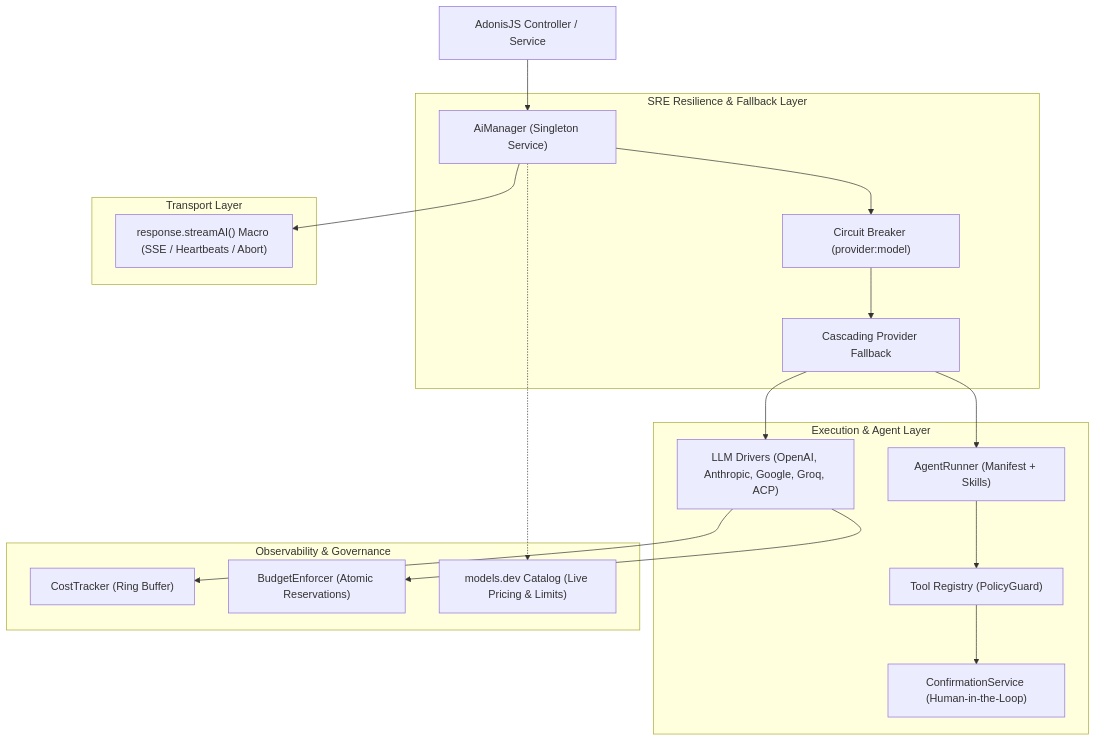
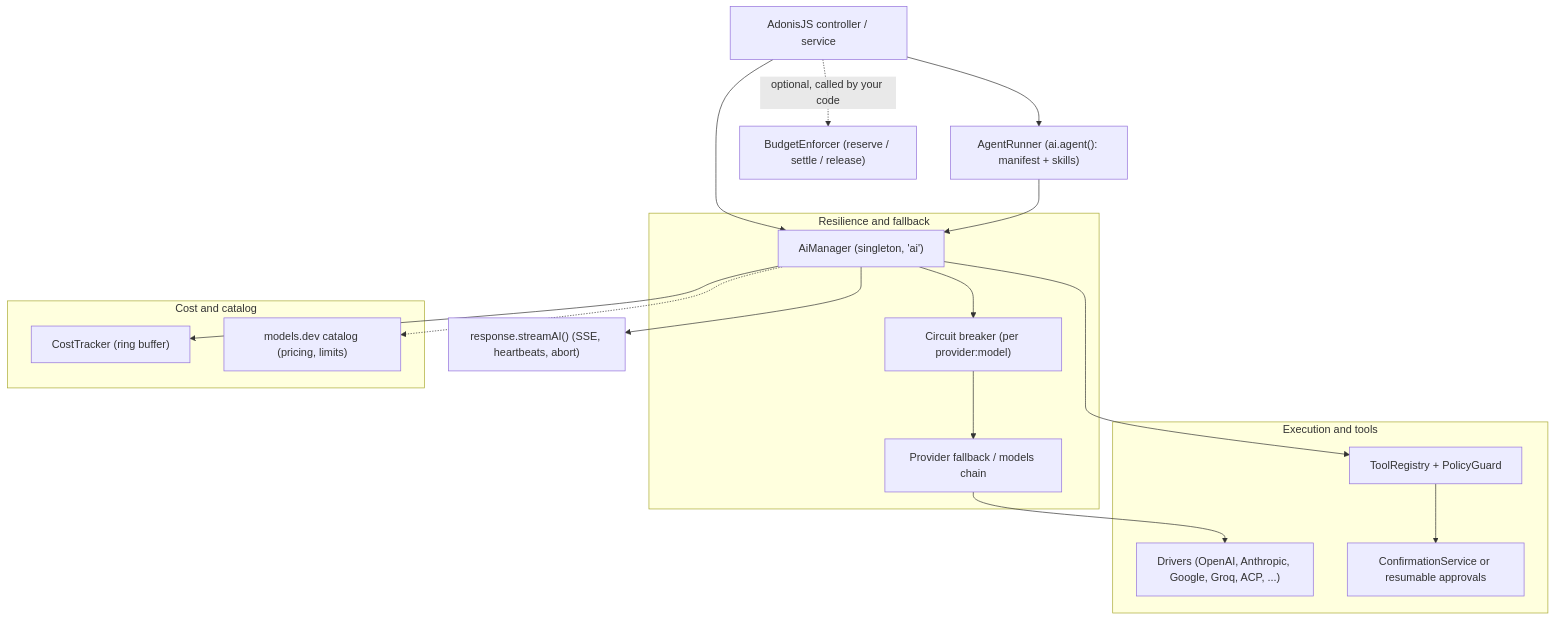
One commit to IvanGlazyrin/adonis-ai-kit changed the diagram in docs/guide/introduction.md. Above: the diagram before and after it, drawn with Mermaid. The commit also changed other lines of this file and 12 other files, not shown here.

````diff
--- a/docs/guide/introduction.md
+++ b/docs/guide/introduction.md
@@ -29,26 +29,26 @@
 ```mermaid
 flowchart TD
-    UserApp["AdonisJS Controller / Service"] --> AiManager["AiManager (Singleton Service)"]
-    
-    subgraph SRE_Resilience ["SRE Resilience & Fallback Layer"]
-        AiManager --> CircuitBreaker["Circuit Breaker (provider:model)"]
-        CircuitBreaker --> FallbackCascade["Cascading Provider Fallback"]
-    end
-    
-    subgraph Execution_Layer ["Execution & Agent Layer"]
-        FallbackCascade --> Providers["LLM Drivers (OpenAI, Anthropic, Google, Groq, ACP)"]
-        FallbackCascade --> AgentRunner["AgentRunner (Manifest + Skills)"]
-        AgentRunner --> ToolRegistry["Tool Registry (PolicyGuard)"]
-        ToolRegistry --> HITL["ConfirmationService (Human-in-the-Loop)"]
+    UserApp["AdonisJS controller / service"] --> AiManager["AiManager (singleton, 'ai')"]
+    UserApp --> AgentRunner["AgentRunner (ai.agent(): manifest + skills)"]
+    AgentRunner --> AiManager
+
+    subgraph Resilience ["Resilience and fallback"]
+        AiManager --> CircuitBreaker["Circuit breaker (per provider:model)"]
+        CircuitBreaker --> FallbackCascade["Provider fallback / models chain"]
     end
 
-    subgraph Observability_Cost ["Observability & Governance"]
-        Providers --> CostTracker["CostTracker (Ring Buffer)"]
-        Providers --> BudgetEnforcer["BudgetEnforcer (Atomic Reservations)"]
-        AiManager -.-> ModelsDev["models.dev Catalog (Live Pricing & Limits)"]
+    subgraph Execution ["Execution and tools"]
+        FallbackCascade --> Providers["Drivers (OpenAI, Anthropic, Google, Groq, ACP, ...)"]
+        AiManager --> ToolRegistry["ToolRegistry + PolicyGuard"]
+        ToolRegistry --> HITL["ConfirmationService or resumable approvals"]
     end
 
-    subgraph Transport_Layer ["Transport Layer"]
-        AiManager --> SSE["response.streamAI() Macro (SSE / Heartbeats / Abort)"]
+    subgraph Cost ["Cost and catalog"]
+        AiManager --> CostTracker["CostTracker (ring buffer)"]
+        AiManager -.-> ModelsDev["models.dev catalog (pricing, limits)"]
     end
+
+    UserApp -.->|"optional, called by your code"| BudgetEnforcer["BudgetEnforcer (reserve / settle / release)"]
+
+    AiManager --> SSE["response.streamAI() (SSE, heartbeats, abort)"]
 ```
````
